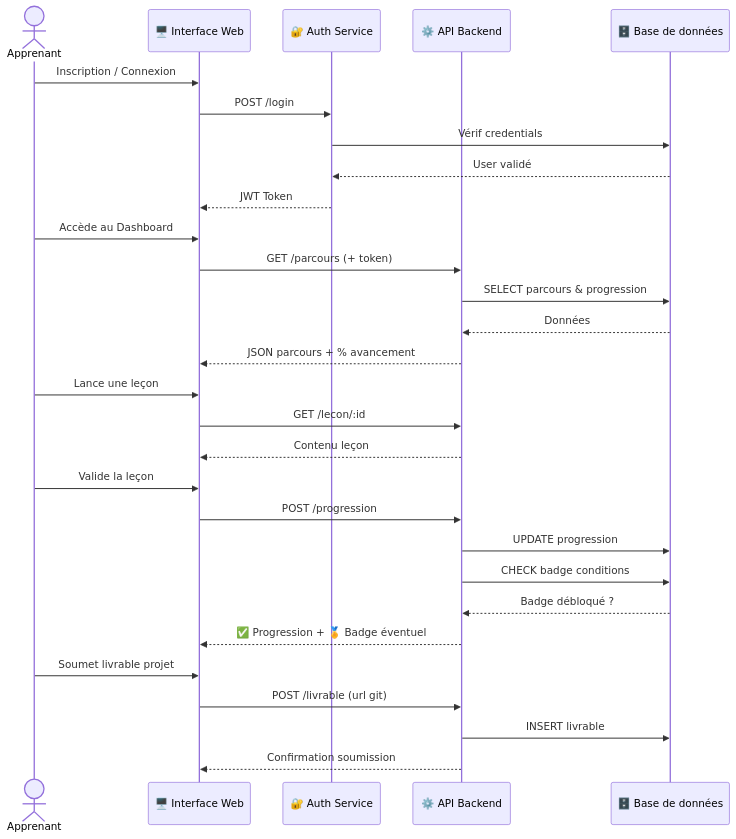
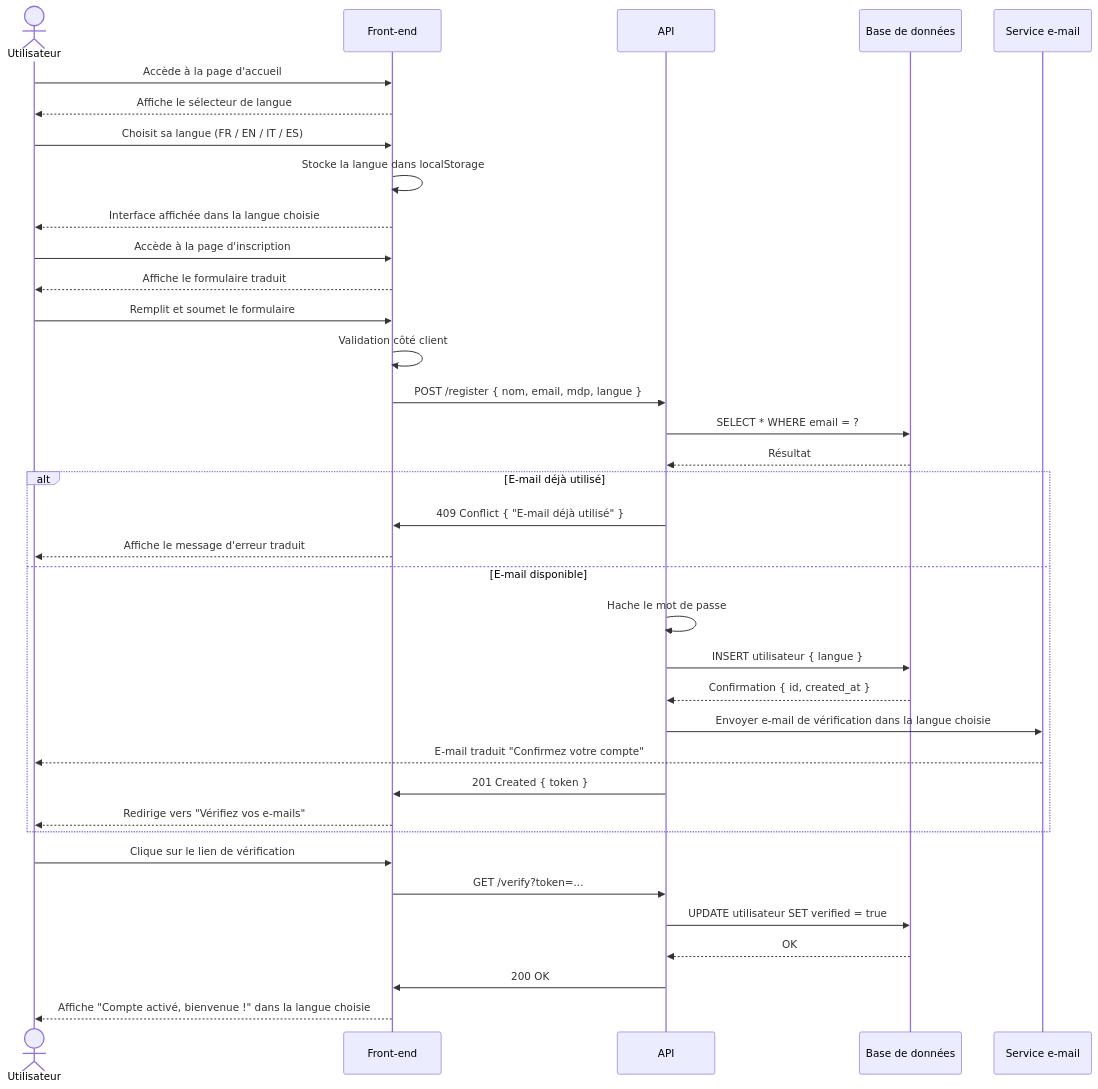
One commit to w2201/step-by-dev changed the diagram in docs/sequence-diagram.md. Above: the diagram before and after it, drawn with Mermaid. The commit also changed other lines of this file, not shown here.

Commit message:
add: diagramme de séquence inscription + multilingue

````diff
--- a/docs/sequence-diagram.md
+++ b/docs/sequence-diagram.md
@@ -4,36 +2,44 @@
 ```mermaid
 sequenceDiagram
-    actor Apprenant
-    participant Front as 🖥️ Interface Web
-    participant Auth as 🔐 Auth Service
-    participant API as ⚙️ API Backend
-    participant DB as 🗄️ Base de données
+    actor U as Utilisateur
+    participant F as Front-end
+    participant A as API
+    participant DB as Base de données
+    participant M as Service e-mail
 
-    Apprenant->>Front: Inscription / Connexion
-    Front->>Auth: POST /login
-    Auth->>DB: Vérif credentials
-    DB-->>Auth: User validé
-    Auth-->>Front: JWT Token
+    U->>F: Accède à la page d'accueil
+    F-->>U: Affiche le sélecteur de langue
+    U->>F: Choisit sa langue (FR / EN / IT / ES)
+    F->>F: Stocke la langue dans localStorage
+    F-->>U: Interface affichée dans la langue choisie
 
-    Apprenant->>Front: Accède au Dashboard
-    Front->>API: GET /parcours (+ token)
-    API->>DB: SELECT parcours & progression
-    DB-->>API: Données
-    API-->>Front: JSON parcours + % avancement
+    U->>F: Accède à la page d'inscription
+    F-->>U: Affiche le formulaire traduit
 
-    Apprenant->>Front: Lance une leçon
-    Front->>API: GET /lecon/:id
-    API-->>Front: Contenu leçon
+    U->>F: Remplit et soumet le formulaire
+    F->>F: Validation côté client
+    F->>A: POST /register { nom, email, mdp, langue }
 
-    Apprenant->>Front: Valide la leçon
-    Front->>API: POST /progression
-    API->>DB: UPDATE progression
-    API->>DB: CHECK badge conditions
-    DB-->>API: Badge débloqué ?
-    API-->>Front: ✅ Progression + 🏅 Badge éventuel
+    A->>DB: SELECT * WHERE email = ?
+    DB-->>A: Résultat
 
-    Apprenant->>Front: Soumet livrable projet
-    Front->>API: POST /livrable (url git)
-    API->>DB: INSERT livrable
-    API-->>Front: Confirmation soumission
+    alt E-mail déjà utilisé
+        A->>F: 409 Conflict { "E-mail déjà utilisé" }
+        F-->>U: Affiche le message d'erreur traduit
+    else E-mail disponible
+        A->>A: Hache le mot de passe
+        A->>DB: INSERT utilisateur { langue }
+        DB-->>A: Confirmation { id, created_at }
+        A->>M: Envoyer e-mail de vérification dans la langue choisie
+        M-->>U: E-mail traduit "Confirmez votre compte"
+        A->>F: 201 Created { token }
+        F-->>U: Redirige vers "Vérifiez vos e-mails"
+    end
+
+    U->>F: Clique sur le lien de vérification
+    F->>A: GET /verify?token=...
+    A->>DB: UPDATE utilisateur SET verified = true
+    DB-->>A: OK
+    A->>F: 200 OK
+    F-->>U: Affiche "Compte activé, bienvenue !" dans la langue choisie
 ```
````
